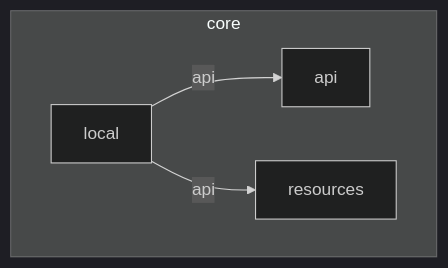
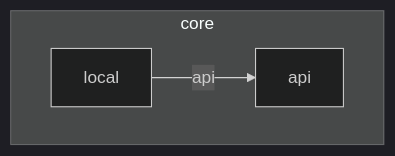
Before and after one commit to Dussim/cv-app: the diagram in core/local/README.md, drawn with Mermaid. The commit also changed 50 other files, not shown here.

````diff
--- a/core/local/README.md
+++ b/core/local/README.md
@@ -3,17 +3,15 @@
 ```mermaid
 %%{
   init: {
     'theme': 'dark'
   }
 }%%
 
 graph TB
   subgraph core
     api
     local
-    resources
   end
   local -- api --> api
-  local -- api --> resources
 
 ```
````
